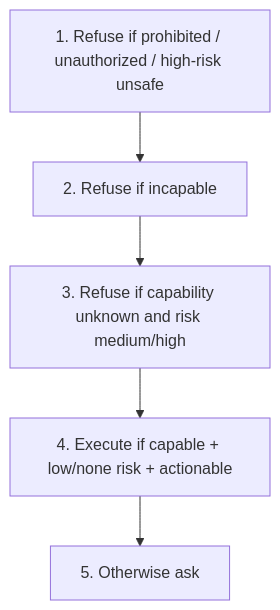
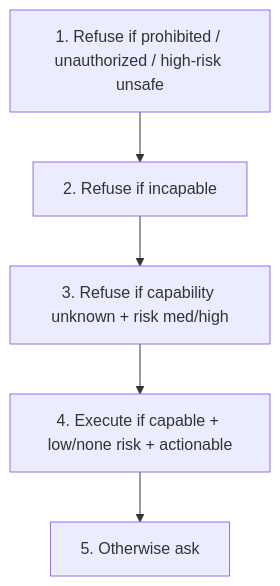
Before and after one commit to huziibee/Research_Report: the third of 5 diagrams in 05-methodology.md, drawn with Mermaid. The commit also changed other lines of this file and 9 other files, not shown here.

````diff
--- a/05-methodology.md
+++ b/05-methodology.md
@@ -66,7 +69,7 @@
 ```mermaid
 flowchart TD
   P1["1. Refuse if prohibited / unauthorized / high-risk unsafe"] --> P2["2. Refuse if incapable"]
-  P2 --> P3["3. Refuse if capability unknown and risk medium/high"]
+  P2 --> P3["3. Refuse if capability unknown + risk med/high"]
   P3 --> P4["4. Execute if capable + low/none risk + actionable"]
   P4 --> P5["5. Otherwise ask"]
 ```
````
